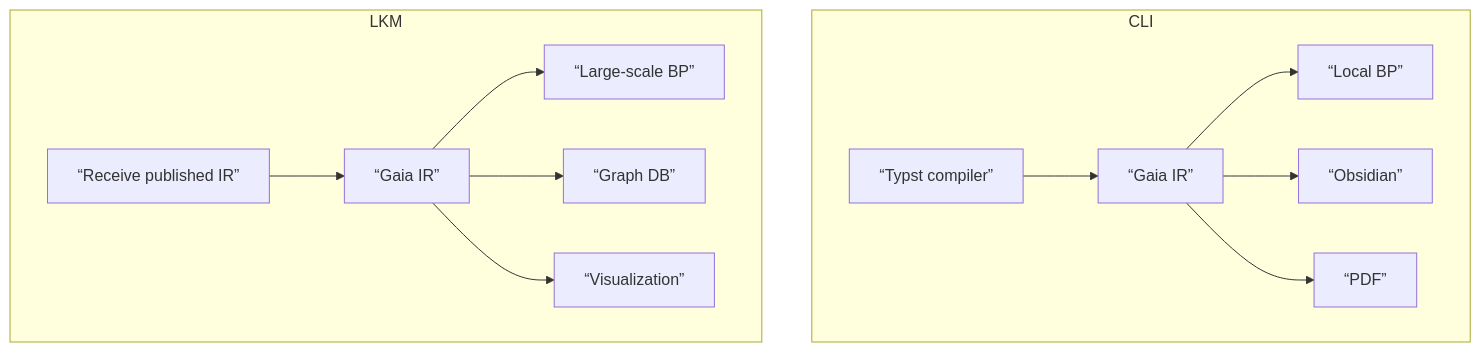
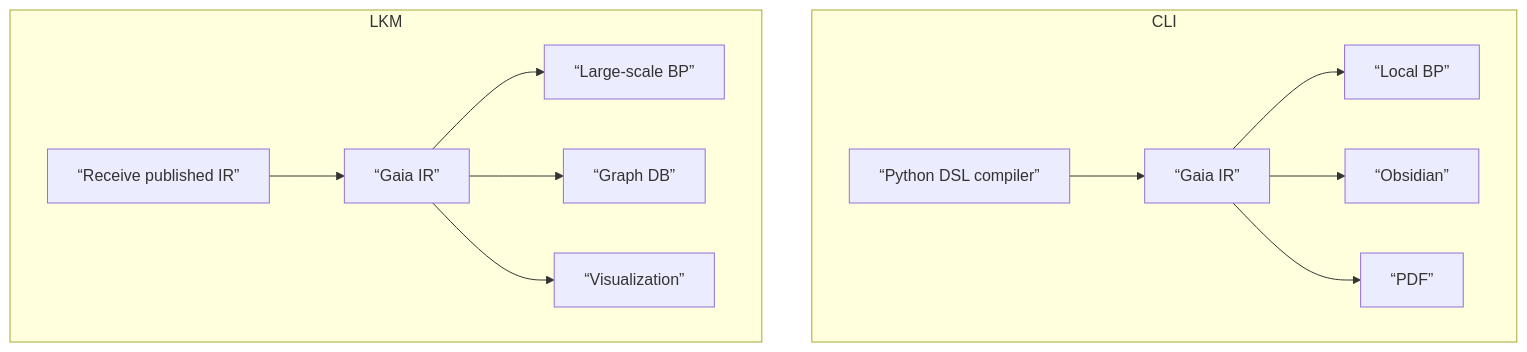
Before and after one commit to SiliconEinstein/Gaia: the second of 2 diagrams in docs/foundations/gaia-ir/01-overview.md, drawn with Mermaid. The commit also changed other lines of this file and 92 other files, not shown here.

````diff
--- a/docs/foundations/gaia-ir/01-overview.md
+++ b/docs/foundations/gaia-ir/01-overview.md
@@ -66,15 +66,15 @@
 ```mermaid
 graph TB
 subgraph CLI
-CLI_F[“Typst compiler”] --> CLI_IR[“Gaia IR”]
+CLI_F[“Python DSL compiler”] --> CLI_IR[“Gaia IR”]
 CLI_IR --> CLI_B1[“Local BP”]
 CLI_IR --> CLI_B2[“Obsidian”]
 CLI_IR --> CLI_B3[“PDF”]
 end
 subgraph LKM
 LKM_F[“Receive published IR”] --> LKM_IR[“Gaia IR”]
 LKM_IR --> LKM_B1[“Large-scale BP”]
 LKM_IR --> LKM_B2[“Graph DB”]
 LKM_IR --> LKM_B3[“Visualization”]
 end
 ```
````
